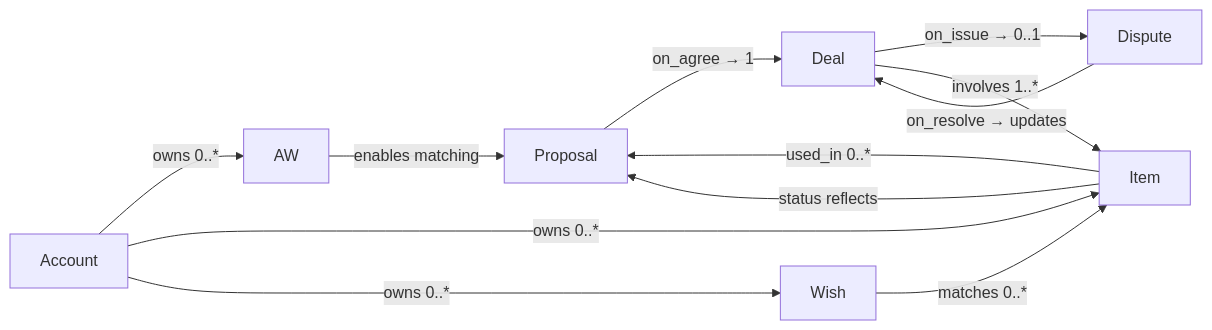
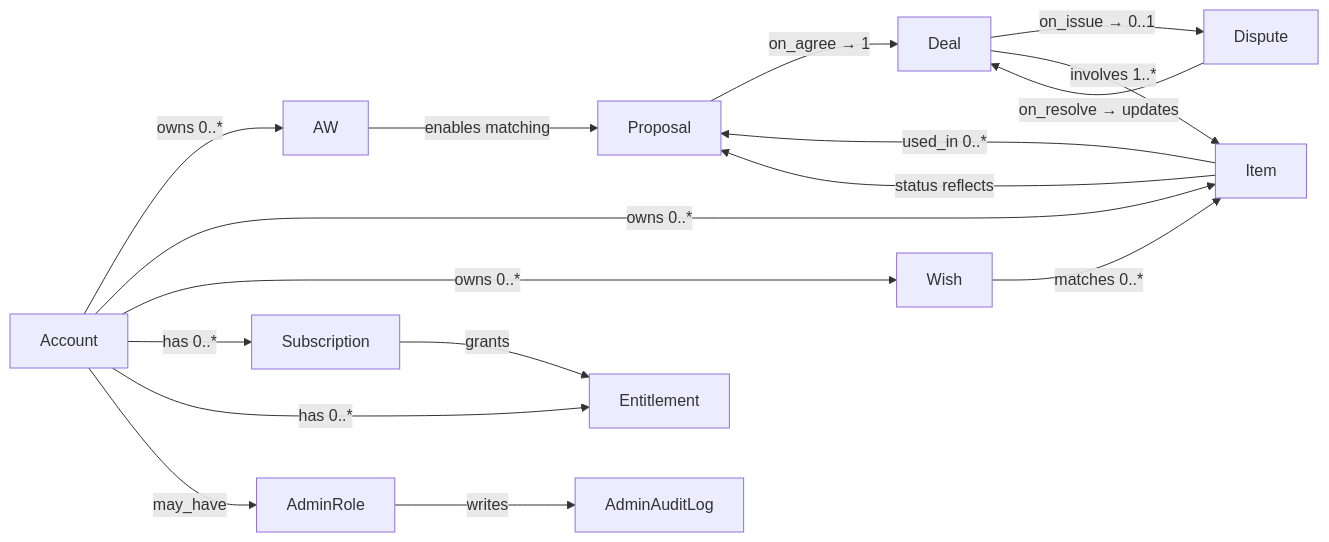
Diagram 16 of 16 in notes/09_state_machines.md (mashimabizz/Megrum_design), drawn with Mermaid before and after one commit. The commit also changed other lines of this file and 17 other files, not shown here.

````diff
--- a/notes/09_state_machines.md
+++ b/notes/09_state_machines.md
@@ -670,14 +730,19 @@
 ```mermaid
 graph LR
     Account -->|owns 0..*| AW
     Account -->|owns 0..*| Item
     Account -->|owns 0..*| Wish
+    Account -->|has 0..*| Subscription
+    Account -->|has 0..*| Entitlement
+    Account -->|may_have| AdminRole
     AW -->|enables matching| Proposal
     Item -->|used_in 0..*| Proposal
     Wish -->|matches 0..*| Item
     Proposal -->|on_agree → 1| Deal
     Deal -->|on_issue → 0..1| Dispute
     Dispute -->|on_resolve → updates| Deal
     Deal -->|involves 1..*| Item
     Item -->|status reflects| Proposal
+    Subscription -->|grants| Entitlement
+    AdminRole -->|writes| AdminAuditLog
 ```
````
